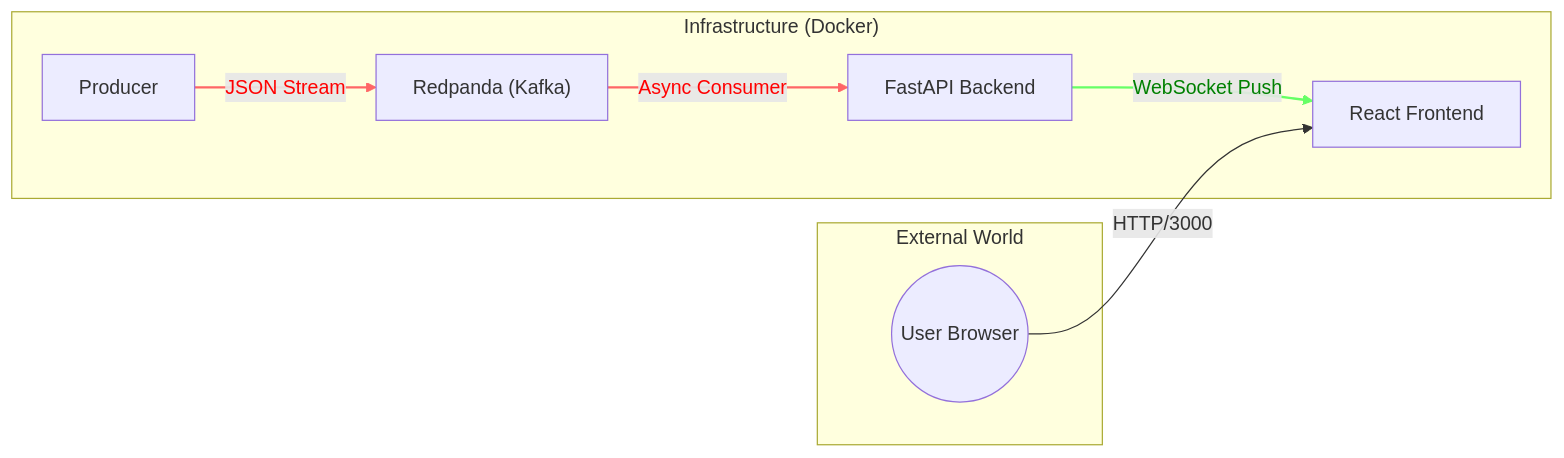
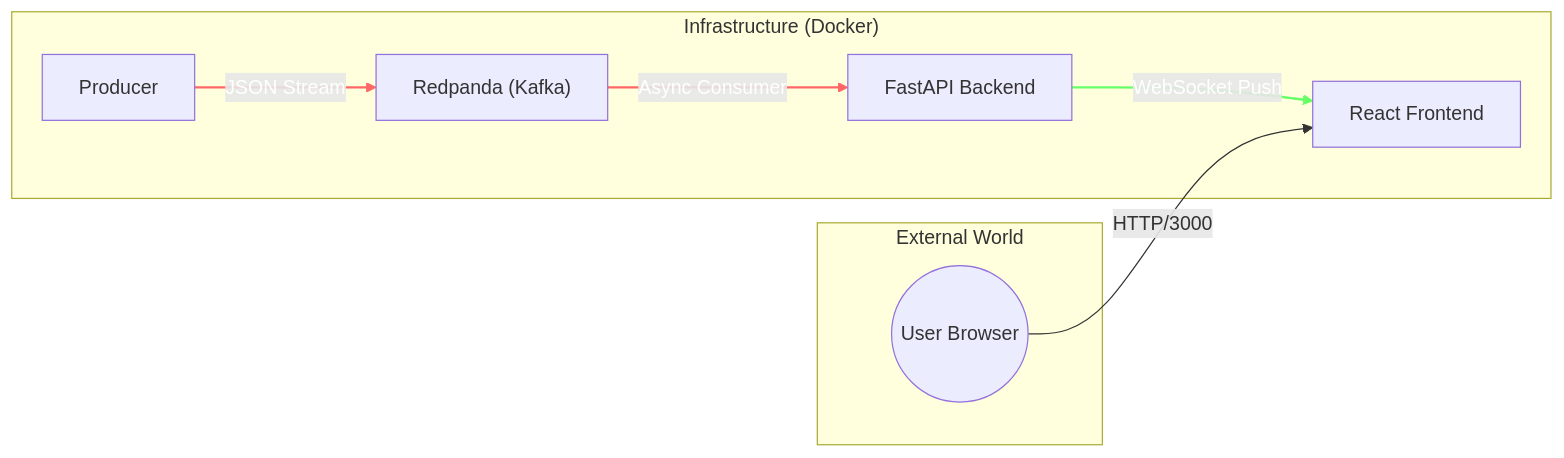
Before and after one commit to gokulg846/flight-tracker: the diagram in Architecture.md, drawn with Mermaid. The commit also changed other lines of this file, not shown here.

````diff
--- a/Architecture.md
+++ b/Architecture.md
@@ -11,17 +11,17 @@
 ```mermaid
 graph LR
     subgraph "Infrastructure (Docker)"
         P[Producer] -- "JSON Stream" --> B["Redpanda (Kafka)"]
         B -- "Async Consumer" --> S["FastAPI Backend"]
         S -- "WebSocket Push" --> C["React Frontend"]
     end
     
     subgraph "External World"
         User((User Browser)) -- "HTTP/3000" --> C
     end
 
     %% Data Flow Styling
-    linkStyle 0 stroke:#f66,stroke-width:2px,color:red;
-    linkStyle 1 stroke:#f66,stroke-width:2px,color:red;
-    linkStyle 2 stroke:#6f6,stroke-width:2px,color:green;
+    linkStyle 0 stroke:#f66,stroke-width:2px,color:white;
+    linkStyle 1 stroke:#f66,stroke-width:2px,color:white;
+    linkStyle 2 stroke:#6f6,stroke-width:2px,color:white;
 ```
````
